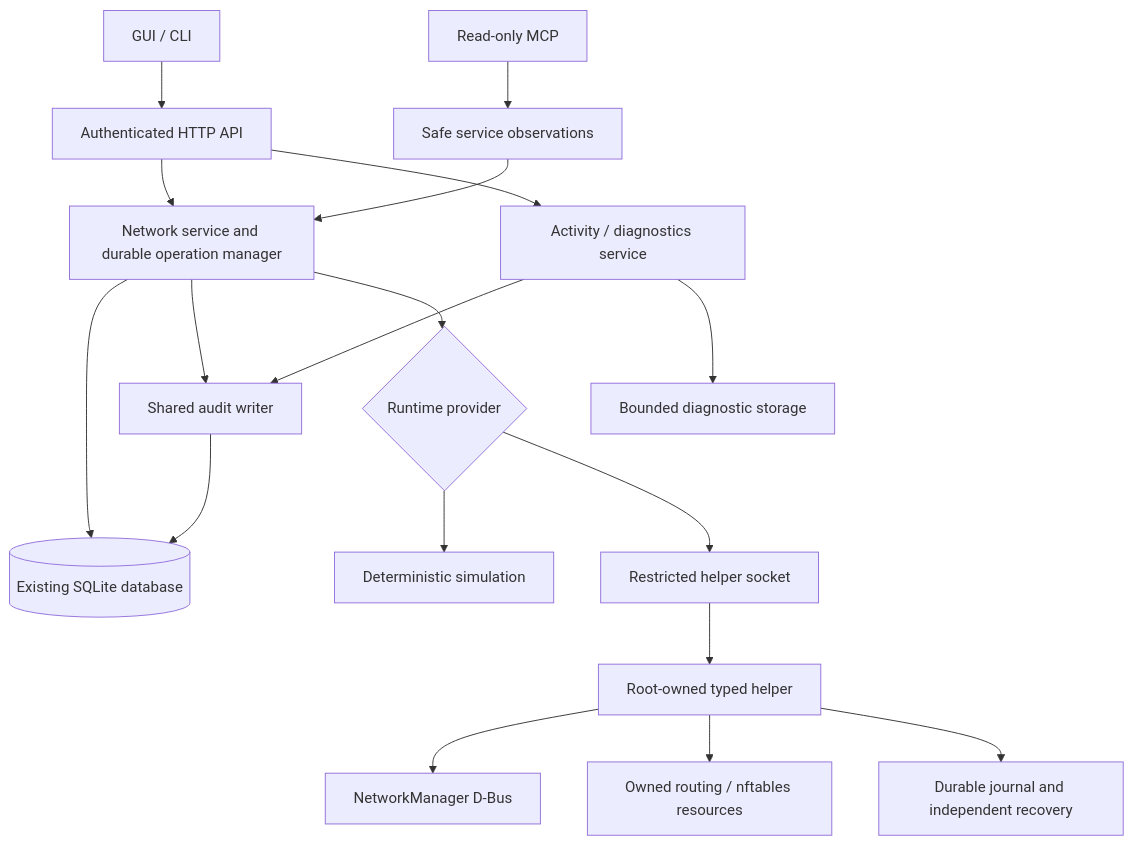
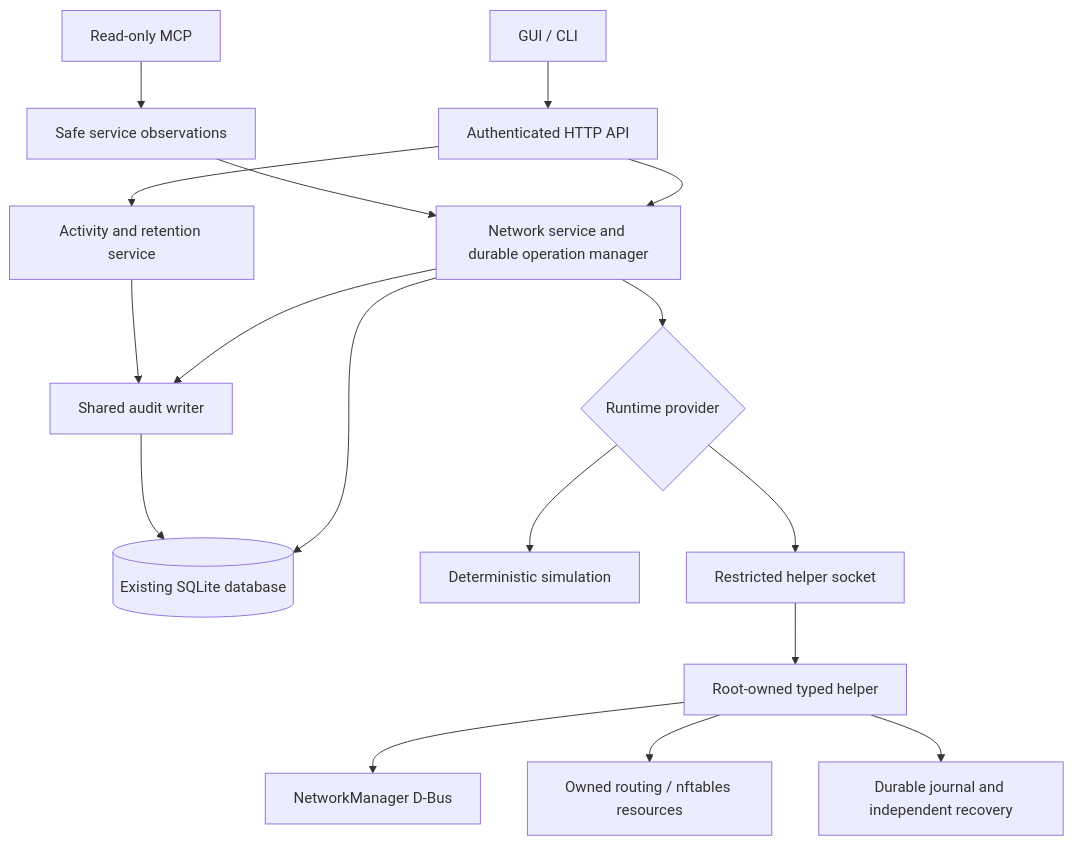
The diagram in 00_Planning/PLAN_DEVICE_NETWORKS_AND_AUDIT.md (DDP-Engineering/2026_Networked_Intelligent_Lab_Orchestrator), drawn with Mermaid before and after one commit. The commit also changed other lines of this file and 58 other files, not shown here.

Commit message:
feat(activity): streamline history and retention

````diff
--- a/00_Planning/PLAN_DEVICE_NETWORKS_AND_AUDIT.md
+++ b/00_Planning/PLAN_DEVICE_NETWORKS_AND_AUDIT.md
@@ -172,20 +173,19 @@
 ```mermaid
 flowchart TD
     UI[GUI / CLI] --> API[Authenticated HTTP API]
     MCP[Read-only MCP] --> READ[Safe service observations]
     API --> NET[Network service and durable operation manager]
-    API --> ACT[Activity / diagnostics service]
+    API --> ACT[Activity and retention service]
     READ --> NET
     NET --> DB[(Existing SQLite database)]
     NET --> AUD[Shared audit writer]
     ACT --> AUD
     AUD --> DB
-    ACT --> LOG[Bounded diagnostic storage]
     NET --> PROVIDER{Runtime provider}
     PROVIDER --> SIM[Deterministic simulation]
     PROVIDER --> RPC[Restricted helper socket]
     RPC --> HELPER[Root-owned typed helper]
     HELPER --> NM[NetworkManager D-Bus]
     HELPER --> NFT[Owned routing / nftables resources]
     HELPER --> REC[Durable journal and independent recovery]
 ```
````
